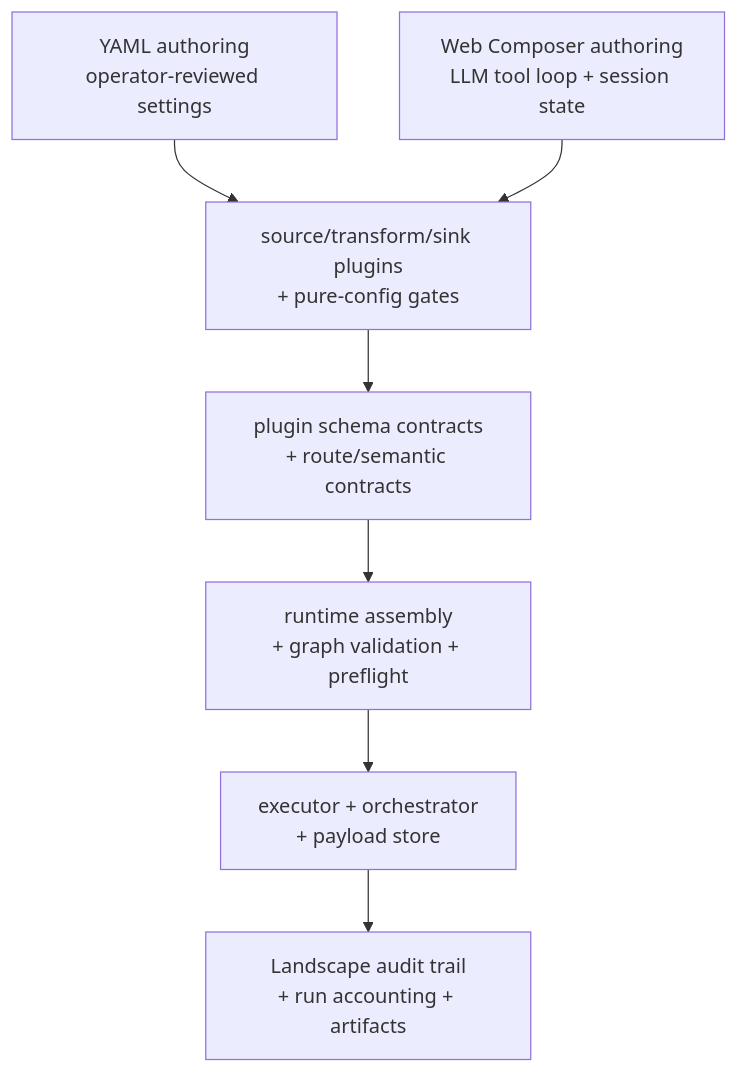
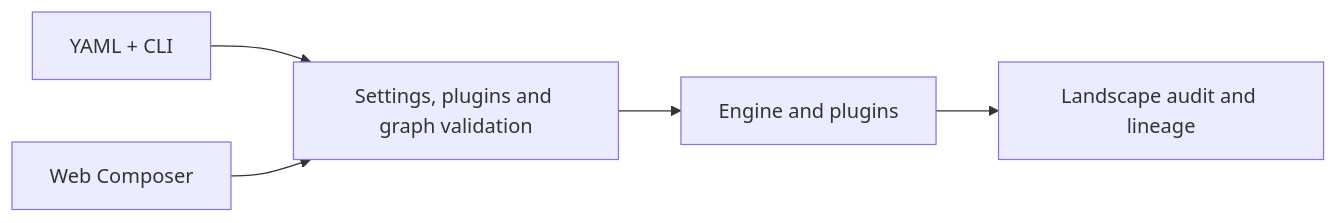
Before and after one commit to dta-au/elspeth: the diagram in README.md, drawn with Mermaid. The commit also changed other lines of this file and 11 other files, not shown here.

Commit message:
docs: modernize product and architecture guides

````diff
--- a/README.md
+++ b/README.md
@@ -107,17 +36,7 @@
 ```mermaid
-graph TD
-    A["YAML authoring<br/>operator-reviewed settings"]
-    B["Web Composer authoring<br/>LLM tool loop + session state"]
-    C["source/transform/sink plugins<br/>+ pure-config gates"]
-    D["plugin schema contracts<br/>+ route/semantic contracts"]
-    E["runtime assembly<br/>+ graph validation + preflight"]
-    F["executor + orchestrator<br/>+ payload store"]
-    G["Landscape audit trail<br/>+ run accounting + artifacts"]
-
-    A --> C
-    B --> C
-    C --> D
-    D --> E
-    E --> F
-    F --> G
+flowchart LR
+    YAML["YAML + CLI"] --> V["Settings, plugins and graph validation"]
+    WEB["Web Composer"] --> V
+    V --> E["Engine and plugins"]
+    E --> L["Landscape audit and lineage"]
 ```
````
